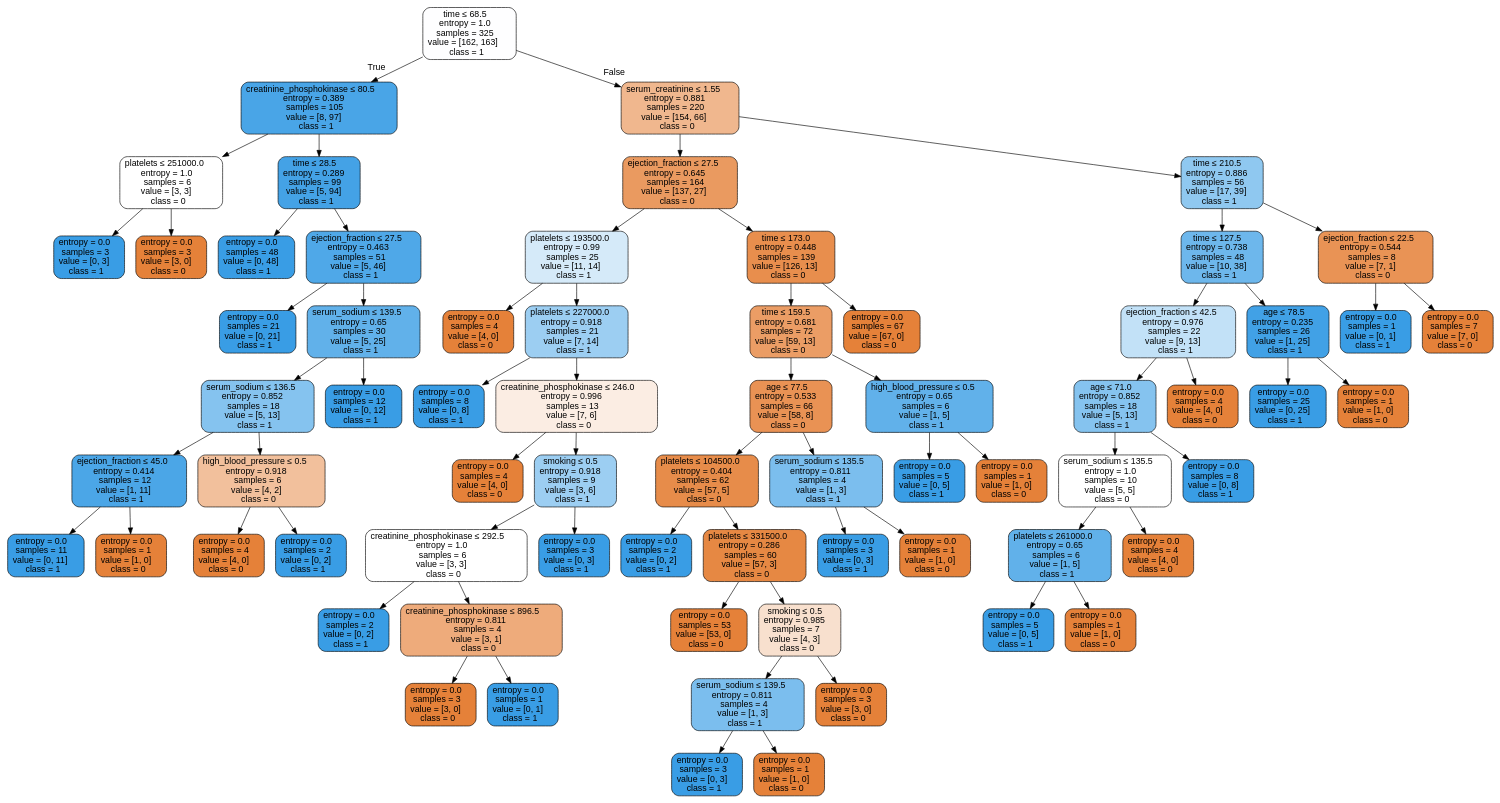
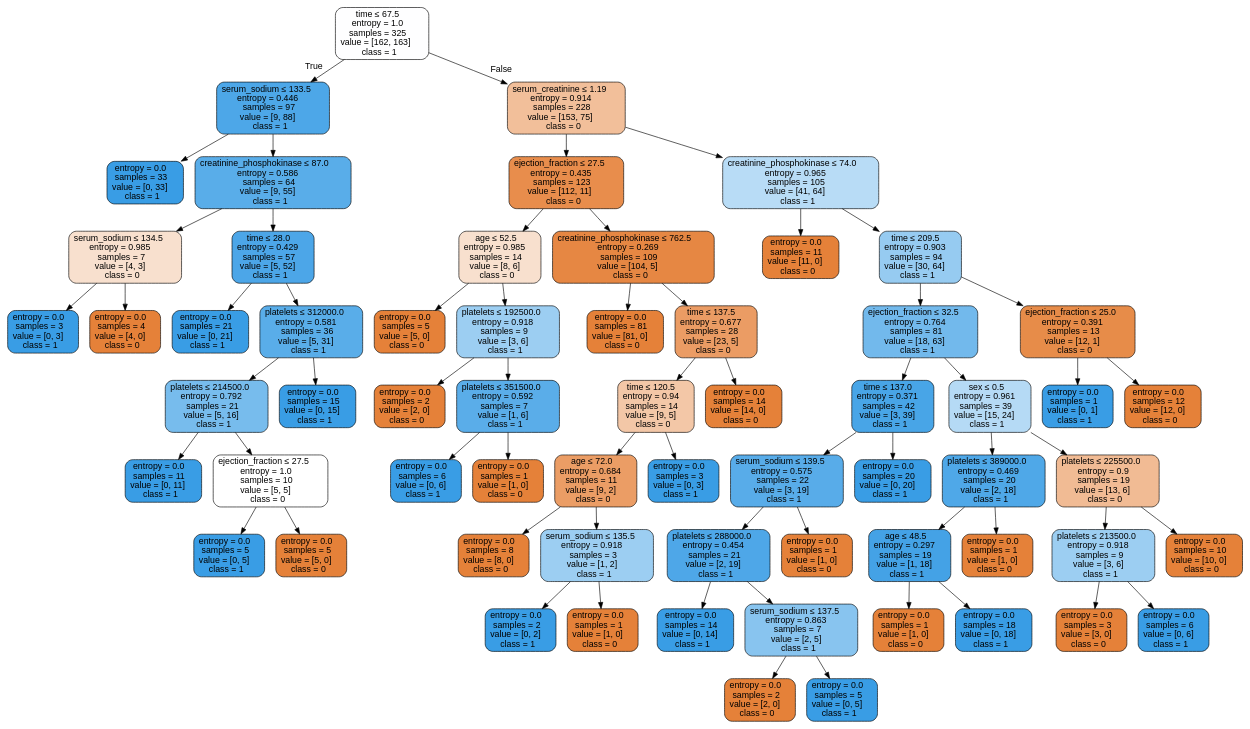
Before and after one commit to isabelSoares/CD-2021: the diagram in Labs/NewClassifiers/Results/DecisionTrees/SMOTE/ - No Outliers/HFCR - SMOTE - dtree.dot, drawn with Graphviz. The commit also changed 275 other files, not shown here.

```diff
--- a/Labs/NewClassifiers/Results/DecisionTrees/SMOTE/ - No Outliers/HFCR - SMOTE - dtree.dot
+++ b/Labs/NewClassifiers/Results/DecisionTrees/SMOTE/ - No Outliers/HFCR - SMOTE - dtree.dot
@@ -1,141 +1,129 @@
 digraph Tree {
 node [shape=box, style="filled, rounded", color="black", fontname=helvetica] ;
 edge [fontname=helvetica] ;
-0 [label=<time &le; 68.5<br/>entropy = 1.0<br/>samples = 325<br/>value = [162, 163]<br/>class = 1>, fillcolor="#fefeff"] ;
-1 [label=<creatinine_phosphokinase &le; 80.5<br/>entropy = 0.389<br/>samples = 105<br/>value = [8, 97]<br/>class = 1>, fillcolor="#49a5e7"] ;
+0 [label=<time &le; 67.5<br/>entropy = 1.0<br/>samples = 325<br/>value = [162, 163]<br/>class = 1>, fillcolor="#fefeff"] ;
+1 [label=<serum_sodium &le; 133.5<br/>entropy = 0.446<br/>samples = 97<br/>value = [9, 88]<br/>class = 1>, fillcolor="#4da7e8"] ;
 0 -> 1 [labeldistance=2.5, labelangle=45, headlabel="True"] ;
-2 [label=<platelets &le; 251000.0<br/>entropy = 1.0<br/>samples = 6<br/>value = [3, 3]<br/>class = 0>, fillcolor="#ffffff"] ;
+2 [label=<entropy = 0.0<br/>samples = 33<br/>value = [0, 33]<br/>class = 1>, fillcolor="#399de5"] ;
 1 -> 2 ;
-3 [label=<entropy = 0.0<br/>samples = 3<br/>value = [0, 3]<br/>class = 1>, fillcolor="#399de5"] ;
-2 -> 3 ;
-4 [label=<entropy = 0.0<br/>samples = 3<br/>value = [3, 0]<br/>class = 0>, fillcolor="#e58139"] ;
-2 -> 4 ;
-5 [label=<time &le; 28.5<br/>entropy = 0.289<br/>samples = 99<br/>value = [5, 94]<br/>class = 1>, fillcolor="#44a2e6"] ;
-1 -> 5 ;
-6 [label=<entropy = 0.0<br/>samples = 48<br/>value = [0, 48]<br/>class = 1>, fillcolor="#399de5"] ;
-5 -> 6 ;
-7 [label=<ejection_fraction &le; 27.5<br/>entropy = 0.463<br/>samples = 51<br/>value = [5, 46]<br/>class = 1>, fillcolor="#4fa8e8"] ;
-5 -> 7 ;
+3 [label=<creatinine_phosphokinase &le; 87.0<br/>entropy = 0.586<br/>samples = 64<br/>value = [9, 55]<br/>class = 1>, fillcolor="#59ade9"] ;
+1 -> 3 ;
+4 [label=<serum_sodium &le; 134.5<br/>entropy = 0.985<br/>samples = 7<br/>value = [4, 3]<br/>class = 0>, fillcolor="#f8e0ce"] ;
+3 -> 4 ;
+5 [label=<entropy = 0.0<br/>samples = 3<br/>value = [0, 3]<br/>class = 1>, fillcolor="#399de5"] ;
+4 -> 5 ;
+6 [label=<entropy = 0.0<br/>samples = 4<br/>value = [4, 0]<br/>class = 0>, fillcolor="#e58139"] ;
+4 -> 6 ;
+7 [label=<time &le; 28.0<br/>entropy = 0.429<br/>samples = 57<br/>value = [5, 52]<br/>class = 1>, fillcolor="#4ca6e8"] ;
+3 -> 7 ;
 8 [label=<entropy = 0.0<br/>samples = 21<br/>value = [0, 21]<br/>class = 1>, fillcolor="#399de5"] ;
 7 -> 8 ;
-9 [label=<serum_sodium &le; 139.5<br/>entropy = 0.65<br/>samples = 30<br/>value = [5, 25]<br/>class = 1>, fillcolor="#61b1ea"] ;
+9 [label=<platelets &le; 312000.0<br/>entropy = 0.581<br/>samples = 36<br/>value = [5, 31]<br/>class = 1>, fillcolor="#59ade9"] ;
 7 -> 9 ;
-10 [label=<serum_sodium &le; 136.5<br/>entropy = 0.852<br/>samples = 18<br/>value = [5, 13]<br/>class = 1>, fillcolor="#85c3ef"] ;
+10 [label=<platelets &le; 214500.0<br/>entropy = 0.792<br/>samples = 21<br/>value = [5, 16]<br/>class = 1>, fillcolor="#77bced"] ;
 9 -> 10 ;
-11 [label=<ejection_fraction &le; 45.0<br/>entropy = 0.414<br/>samples = 12<br/>value = [1, 11]<br/>class = 1>, fillcolor="#4ba6e7"] ;
+11 [label=<entropy = 0.0<br/>samples = 11<br/>value = [0, 11]<br/>class = 1>, fillcolor="#399de5"] ;
 10 -> 11 ;
-12 [label=<entropy = 0.0<br/>samples = 11<br/>value = [0, 11]<br/>class = 1>, fillcolor="#399de5"] ;
-11 -> 12 ;
-13 [label=<entropy = 0.0<br/>samples = 1<br/>value = [1, 0]<br/>class = 0>, fillcolor="#e58139"] ;
-11 -> 13 ;
-14 [label=<high_blood_pressure &le; 0.5<br/>entropy = 0.918<br/>samples = 6<br/>value = [4, 2]<br/>class = 0>, fillcolor="#f2c09c"] ;
-10 -> 14 ;
-15 [label=<entropy = 0.0<br/>samples = 4<br/>value = [4, 0]<br/>class = 0>, fillcolor="#e58139"] ;
-14 -> 15 ;
-16 [label=<entropy = 0.0<br/>samples = 2<br/>value = [0, 2]<br/>class = 1>, fillcolor="#399de5"] ;
-14 -> 16 ;
-17 [label=<entropy = 0.0<br/>samples = 12<br/>value = [0, 12]<br/>class = 1>, fillcolor="#399de5"] ;
-9 -> 17 ;
-18 [label=<serum_creatinine &le; 1.55<br/>entropy = 0.881<br/>samples = 220<br/>value = [154, 66]<br/>class = 0>, fillcolor="#f0b78e"] ;
-0 -> 18 [labeldistance=2.5, labelangle=-45, headlabel="False"] ;
-19 [label=<ejection_fraction &le; 27.5<br/>entropy = 0.645<br/>samples = 164<br/>value = [137, 27]<br/>class = 0>, fillcolor="#ea9a60"] ;
+12 [label=<ejection_fraction &le; 27.5<br/>entropy = 1.0<br/>samples = 10<br/>value = [5, 5]<br/>class = 0>, fillcolor="#ffffff"] ;
+10 -> 12 ;
+13 [label=<entropy = 0.0<br/>samples = 5<br/>value = [0, 5]<br/>class = 1>, fillcolor="#399de5"] ;
+12 -> 13 ;
+14 [label=<entropy = 0.0<br/>samples = 5<br/>value = [5, 0]<br/>class = 0>, fillcolor="#e58139"] ;
+12 -> 14 ;
+15 [label=<entropy = 0.0<br/>samples = 15<br/>value = [0, 15]<br/>class = 1>, fillcolor="#399de5"] ;
+9 -> 15 ;
+16 [label=<serum_creatinine &le; 1.19<br/>entropy = 0.914<br/>samples = 228<br/>value = [153, 75]<br/>class = 0>, fillcolor="#f2bf9a"] ;
+0 -> 16 [labeldistance=2.5, labelangle=-45, headlabel="False"] ;
+17 [label=<ejection_fraction &le; 27.5<br/>entropy = 0.435<br/>samples = 123<br/>value = [112, 11]<br/>class = 0>, fillcolor="#e88d4c"] ;
+16 -> 17 ;
+18 [label=<age &le; 52.5<br/>entropy = 0.985<br/>samples = 14<br/>value = [8, 6]<br/>class = 0>, fillcolor="#f8e0ce"] ;
+17 -> 18 ;
+19 [label=<entropy = 0.0<br/>samples = 5<br/>value = [5, 0]<br/>class = 0>, fillcolor="#e58139"] ;
 18 -> 19 ;
-20 [label=<platelets &le; 193500.0<br/>entropy = 0.99<br/>samples = 25<br/>value = [11, 14]<br/>class = 1>, fillcolor="#d5eaf9"] ;
-19 -> 20 ;
-21 [label=<entropy = 0.0<br/>samples = 4<br/>value = [4, 0]<br/>class = 0>, fillcolor="#e58139"] ;
+20 [label=<platelets &le; 192500.0<br/>entropy = 0.918<br/>samples = 9<br/>value = [3, 6]<br/>class = 1>, fillcolor="#9ccef2"] ;
+18 -> 20 ;
+21 [label=<entropy = 0.0<br/>samples = 2<br/>value = [2, 0]<br/>class = 0>, fillcolor="#e58139"] ;
 20 -> 21 ;
-22 [label=<platelets &le; 227000.0<br/>entropy = 0.918<br/>samples = 21<br/>value = [7, 14]<br/>class = 1>, fillcolor="#9ccef2"] ;
+22 [label=<platelets &le; 351500.0<br/>entropy = 0.592<br/>samples = 7<br/>value = [1, 6]<br/>class = 1>, fillcolor="#5aade9"] ;
 20 -> 22 ;
-23 [label=<entropy = 0.0<br/>samples = 8<br/>value = [0, 8]<br/>class = 1>, fillcolor="#399de5"] ;
+23 [label=<entropy = 0.0<br/>samples = 6<br/>value = [0, 6]<br/>class = 1>, fillcolor="#399de5"] ;
 22 -> 23 ;
-24 [label=<creatinine_phosphokinase &le; 246.0<br/>entropy = 0.996<br/>samples = 13<br/>value = [7, 6]<br/>class = 0>, fillcolor="#fbede3"] ;
+24 [label=<entropy = 0.0<br/>samples = 1<br/>value = [1, 0]<br/>class = 0>, fillcolor="#e58139"] ;
 22 -> 24 ;
-25 [label=<entropy = 0.0<br/>samples = 4<br/>value = [4, 0]<br/>class = 0>, fillcolor="#e58139"] ;
-24 -> 25 ;
-26 [label=<smoking &le; 0.5<br/>entropy = 0.918<br/>samples = 9<br/>value = [3, 6]<br/>class = 1>, fillcolor="#9ccef2"] ;
-24 -> 26 ;
-27 [label=<creatinine_phosphokinase &le; 292.5<br/>entropy = 1.0<br/>samples = 6<br/>value = [3, 3]<br/>class = 0>, fillcolor="#ffffff"] ;
-26 -> 27 ;
-28 [label=<entropy = 0.0<br/>samples = 2<br/>value = [0, 2]<br/>class = 1>, fillcolor="#399de5"] ;
+25 [label=<creatinine_phosphokinase &le; 762.5<br/>entropy = 0.269<br/>samples = 109<br/>value = [104, 5]<br/>class = 0>, fillcolor="#e68743"] ;
+17 -> 25 ;
+26 [label=<entropy = 0.0<br/>samples = 81<br/>value = [81, 0]<br/>class = 0>, fillcolor="#e58139"] ;
+25 -> 26 ;
+27 [label=<time &le; 137.5<br/>entropy = 0.677<br/>samples = 28<br/>value = [23, 5]<br/>class = 0>, fillcolor="#eb9c64"] ;
+25 -> 27 ;
+28 [label=<time &le; 120.5<br/>entropy = 0.94<br/>samples = 14<br/>value = [9, 5]<br/>class = 0>, fillcolor="#f3c7a7"] ;
 27 -> 28 ;
-29 [label=<creatinine_phosphokinase &le; 896.5<br/>entropy = 0.811<br/>samples = 4<br/>value = [3, 1]<br/>class = 0>, fillcolor="#eeab7b"] ;
-27 -> 29 ;
-30 [label=<entropy = 0.0<br/>samples = 3<br/>value = [3, 0]<br/>class = 0>, fillcolor="#e58139"] ;
+29 [label=<age &le; 72.0<br/>entropy = 0.684<br/>samples = 11<br/>value = [9, 2]<br/>class = 0>, fillcolor="#eb9d65"] ;
+28 -> 29 ;
+30 [label=<entropy = 0.0<br/>samples = 8<br/>value = [8, 0]<br/>class = 0>, fillcolor="#e58139"] ;
 29 -> 30 ;
-31 [label=<entropy = 0.0<br/>samples = 1<br/>value = [0, 1]<br/>class = 1>, fillcolor="#399de5"] ;
+31 [label=<serum_sodium &le; 135.5<br/>entropy = 0.918<br/>samples = 3<br/>value = [1, 2]<br/>class = 1>, fillcolor="#9ccef2"] ;
 29 -> 31 ;
-32 [label=<entropy = 0.0<br/>samples = 3<br/>value = [0, 3]<br/>class = 1>, fillcolor="#399de5"] ;
-26 -> 32 ;
-33 [label=<time &le; 173.0<br/>entropy = 0.448<br/>samples = 139<br/>value = [126, 13]<br/>class = 0>, fillcolor="#e88e4d"] ;
-19 -> 33 ;
-34 [label=<time &le; 159.5<br/>entropy = 0.681<br/>samples = 72<br/>value = [59, 13]<br/>class = 0>, fillcolor="#eb9d65"] ;
-33 -> 34 ;
-35 [label=<age &le; 77.5<br/>entropy = 0.533<br/>samples = 66<br/>value = [58, 8]<br/>class = 0>, fillcolor="#e99254"] ;
-34 -> 35 ;
-36 [label=<platelets &le; 104500.0<br/>entropy = 0.404<br/>samples = 62<br/>value = [57, 5]<br/>class = 0>, fillcolor="#e78c4a"] ;
-35 -> 36 ;
-37 [label=<entropy = 0.0<br/>samples = 2<br/>value = [0, 2]<br/>class = 1>, fillcolor="#399de5"] ;
+32 [label=<entropy = 0.0<br/>samples = 2<br/>value = [0, 2]<br/>class = 1>, fillcolor="#399de5"] ;
+31 -> 32 ;
+33 [label=<entropy = 0.0<br/>samples = 1<br/>value = [1, 0]<br/>class = 0>, fillcolor="#e58139"] ;
+31 -> 33 ;
+34 [label=<entropy = 0.0<br/>samples = 3<br/>value = [0, 3]<br/>class = 1>, fillcolor="#399de5"] ;
+28 -> 34 ;
+35 [label=<entropy = 0.0<br/>samples = 14<br/>value = [14, 0]<br/>class = 0>, fillcolor="#e58139"] ;
+27 -> 35 ;
+36 [label=<creatinine_phosphokinase &le; 74.0<br/>entropy = 0.965<br/>samples = 105<br/>value = [41, 64]<br/>class = 1>, fillcolor="#b8dcf6"] ;
+16 -> 36 ;
+37 [label=<entropy = 0.0<br/>samples = 11<br/>value = [11, 0]<br/>class = 0>, fillcolor="#e58139"] ;
 36 -> 37 ;
-38 [label=<platelets &le; 331500.0<br/>entropy = 0.286<br/>samples = 60<br/>value = [57, 3]<br/>class = 0>, fillcolor="#e68843"] ;
+38 [label=<time &le; 209.5<br/>entropy = 0.903<br/>samples = 94<br/>value = [30, 64]<br/>class = 1>, fillcolor="#96cbf1"] ;
 36 -> 38 ;
-39 [label=<entropy = 0.0<br/>samples = 53<br/>value = [53, 0]<br/>class = 0>, fillcolor="#e58139"] ;
+39 [label=<ejection_fraction &le; 32.5<br/>entropy = 0.764<br/>samples = 81<br/>value = [18, 63]<br/>class = 1>, fillcolor="#72b9ec"] ;
 38 -> 39 ;
-40 [label=<smoking &le; 0.5<br/>entropy = 0.985<br/>samples = 7<br/>value = [4, 3]<br/>class = 0>, fillcolor="#f8e0ce"] ;
-38 -> 40 ;
-41 [label=<serum_sodium &le; 139.5<br/>entropy = 0.811<br/>samples = 4<br/>value = [1, 3]<br/>class = 1>, fillcolor="#7bbeee"] ;
+40 [label=<time &le; 137.0<br/>entropy = 0.371<br/>samples = 42<br/>value = [3, 39]<br/>class = 1>, fillcolor="#48a5e7"] ;
+39 -> 40 ;
+41 [label=<serum_sodium &le; 139.5<br/>entropy = 0.575<br/>samples = 22<br/>value = [3, 19]<br/>class = 1>, fillcolor="#58ace9"] ;
 40 -> 41 ;
-42 [label=<entropy = 0.0<br/>samples = 3<br/>value = [0, 3]<br/>class = 1>, fillcolor="#399de5"] ;
+42 [label=<platelets &le; 288000.0<br/>entropy = 0.454<br/>samples = 21<br/>value = [2, 19]<br/>class = 1>, fillcolor="#4ea7e8"] ;
 41 -> 42 ;
-43 [label=<entropy = 0.0<br/>samples = 1<br/>value = [1, 0]<br/>class = 0>, fillcolor="#e58139"] ;
-41 -> 43 ;
-44 [label=<entropy = 0.0<br/>samples = 3<br/>value = [3, 0]<br/>class = 0>, fillcolor="#e58139"] ;
-40 -> 44 ;
-45 [label=<serum_sodium &le; 135.5<br/>entropy = 0.811<br/>samples = 4<br/>value = [1, 3]<br/>class = 1>, fillcolor="#7bbeee"] ;
-35 -> 45 ;
-46 [label=<entropy = 0.0<br/>samples = 3<br/>value = [0, 3]<br/>class = 1>, fillcolor="#399de5"] ;
-45 -> 46 ;
+43 [label=<entropy = 0.0<br/>samples = 14<br/>value = [0, 14]<br/>class = 1>, fillcolor="#399de5"] ;
+42 -> 43 ;
+44 [label=<serum_sodium &le; 137.5<br/>entropy = 0.863<br/>samples = 7<br/>value = [2, 5]<br/>class = 1>, fillcolor="#88c4ef"] ;
+42 -> 44 ;
+45 [label=<entropy = 0.0<br/>samples = 2<br/>value = [2, 0]<br/>class = 0>, fillcolor="#e58139"] ;
+44 -> 45 ;
+46 [label=<entropy = 0.0<br/>samples = 5<br/>value = [0, 5]<br/>class = 1>, fillcolor="#399de5"] ;
+44 -> 46 ;
 47 [label=<entropy = 0.0<br/>samples = 1<br/>value = [1, 0]<br/>class = 0>, fillcolor="#e58139"] ;
-45 -> 47 ;
-48 [label=<high_blood_pressure &le; 0.5<br/>entropy = 0.65<br/>samples = 6<br/>value = [1, 5]<br/>class = 1>, fillcolor="#61b1ea"] ;
-34 -> 48 ;
-49 [label=<entropy = 0.0<br/>samples = 5<br/>value = [0, 5]<br/>class = 1>, fillcolor="#399de5"] ;
-48 -> 49 ;
-50 [label=<entropy = 0.0<br/>samples = 1<br/>value = [1, 0]<br/>class = 0>, fillcolor="#e58139"] ;
-48 -> 50 ;
-51 [label=<entropy = 0.0<br/>samples = 67<br/>value = [67, 0]<br/>class = 0>, fillcolor="#e58139"] ;
-33 -> 51 ;
-52 [label=<time &le; 210.5<br/>entropy = 0.886<br/>samples = 56<br/>value = [17, 39]<br/>class = 1>, fillcolor="#8fc8f0"] ;
-18 -> 52 ;
-53 [label=<time &le; 127.5<br/>entropy = 0.738<br/>samples = 48<br/>value = [10, 38]<br/>class = 1>, fillcolor="#6db7ec"] ;
-52 -> 53 ;
-54 [label=<ejection_fraction &le; 42.5<br/>entropy = 0.976<br/>samples = 22<br/>value = [9, 13]<br/>class = 1>, fillcolor="#c2e1f7"] ;
-53 -> 54 ;
-55 [label=<age &le; 71.0<br/>entropy = 0.852<br/>samples = 18<br/>value = [5, 13]<br/>class = 1>, fillcolor="#85c3ef"] ;
-54 -> 55 ;
-56 [label=<serum_sodium &le; 135.5<br/>entropy = 1.0<br/>samples = 10<br/>value = [5, 5]<br/>class = 0>, fillcolor="#ffffff"] ;
+41 -> 47 ;
+48 [label=<entropy = 0.0<br/>samples = 20<br/>value = [0, 20]<br/>class = 1>, fillcolor="#399de5"] ;
+40 -> 48 ;
+49 [label=<sex &le; 0.5<br/>entropy = 0.961<br/>samples = 39<br/>value = [15, 24]<br/>class = 1>, fillcolor="#b5daf5"] ;
+39 -> 49 ;
+50 [label=<platelets &le; 389000.0<br/>entropy = 0.469<br/>samples = 20<br/>value = [2, 18]<br/>class = 1>, fillcolor="#4fa8e8"] ;
+49 -> 50 ;
+51 [label=<age &le; 48.5<br/>entropy = 0.297<br/>samples = 19<br/>value = [1, 18]<br/>class = 1>, fillcolor="#44a2e6"] ;
+50 -> 51 ;
+52 [label=<entropy = 0.0<br/>samples = 1<br/>value = [1, 0]<br/>class = 0>, fillcolor="#e58139"] ;
+51 -> 52 ;
+53 [label=<entropy = 0.0<br/>samples = 18<br/>value = [0, 18]<br/>class = 1>, fillcolor="#399de5"] ;
+51 -> 53 ;
+54 [label=<entropy = 0.0<br/>samples = 1<br/>value = [1, 0]<br/>class = 0>, fillcolor="#e58139"] ;
+50 -> 54 ;
+55 [label=<platelets &le; 225500.0<br/>entropy = 0.9<br/>samples = 19<br/>value = [13, 6]<br/>class = 0>, fillcolor="#f1bb94"] ;
+49 -> 55 ;
+56 [label=<platelets &le; 213500.0<br/>entropy = 0.918<br/>samples = 9<br/>value = [3, 6]<br/>class = 1>, fillcolor="#9ccef2"] ;
 55 -> 56 ;
-57 [label=<platelets &le; 261000.0<br/>entropy = 0.65<br/>samples = 6<br/>value = [1, 5]<br/>class = 1>, fillcolor="#61b1ea"] ;
+57 [label=<entropy = 0.0<br/>samples = 3<br/>value = [3, 0]<br/>class = 0>, fillcolor="#e58139"] ;
 56 -> 57 ;
-58 [label=<entropy = 0.0<br/>samples = 5<br/>value = [0, 5]<br/>class = 1>, fillcolor="#399de5"] ;
-57 -> 58 ;
-59 [label=<entropy = 0.0<br/>samples = 1<br/>value = [1, 0]<br/>class = 0>, fillcolor="#e58139"] ;
-57 -> 59 ;
-60 [label=<entropy = 0.0<br/>samples = 4<br/>value = [4, 0]<br/>class = 0>, fillcolor="#e58139"] ;
-56 -> 60 ;
-61 [label=<entropy = 0.0<br/>samples = 8<br/>value = [0, 8]<br/>class = 1>, fillcolor="#399de5"] ;
-55 -> 61 ;
-62 [label=<entropy = 0.0<br/>samples = 4<br/>value = [4, 0]<br/>class = 0>, fillcolor="#e58139"] ;
-54 -> 62 ;
-63 [label=<age &le; 78.5<br/>entropy = 0.235<br/>samples = 26<br/>value = [1, 25]<br/>class = 1>, fillcolor="#41a1e6"] ;
-53 -> 63 ;
-64 [label=<entropy = 0.0<br/>samples = 25<br/>value = [0, 25]<br/>class = 1>, fillcolor="#399de5"] ;
-63 -> 64 ;
-65 [label=<entropy = 0.0<br/>samples = 1<br/>value = [1, 0]<br/>class = 0>, fillcolor="#e58139"] ;
-63 -> 65 ;
-66 [label=<ejection_fraction &le; 22.5<br/>entropy = 0.544<br/>samples = 8<br/>value = [7, 1]<br/>class = 0>, fillcolor="#e99355"] ;
-52 -> 66 ;
-67 [label=<entropy = 0.0<br/>samples = 1<br/>value = [0, 1]<br/>class = 1>, fillcolor="#399de5"] ;
-66 -> 67 ;
-68 [label=<entropy = 0.0<br/>samples = 7<br/>value = [7, 0]<br/>class = 0>, fillcolor="#e58139"] ;
-66 -> 68 ;
+58 [label=<entropy = 0.0<br/>samples = 6<br/>value = [0, 6]<br/>class = 1>, fillcolor="#399de5"] ;
+56 -> 58 ;
+59 [label=<entropy = 0.0<br/>samples = 10<br/>value = [10, 0]<br/>class = 0>, fillcolor="#e58139"] ;
+55 -> 59 ;
+60 [label=<ejection_fraction &le; 25.0<br/>entropy = 0.391<br/>samples = 13<br/>value = [12, 1]<br/>class = 0>, fillcolor="#e78c49"] ;
+38 -> 60 ;
+61 [label=<entropy = 0.0<br/>samples = 1<br/>value = [0, 1]<br/>class = 1>, fillcolor="#399de5"] ;
+60 -> 61 ;
+62 [label=<entropy = 0.0<br/>samples = 12<br/>value = [12, 0]<br/>class = 0>, fillcolor="#e58139"] ;
+60 -> 62 ;
 }
```
